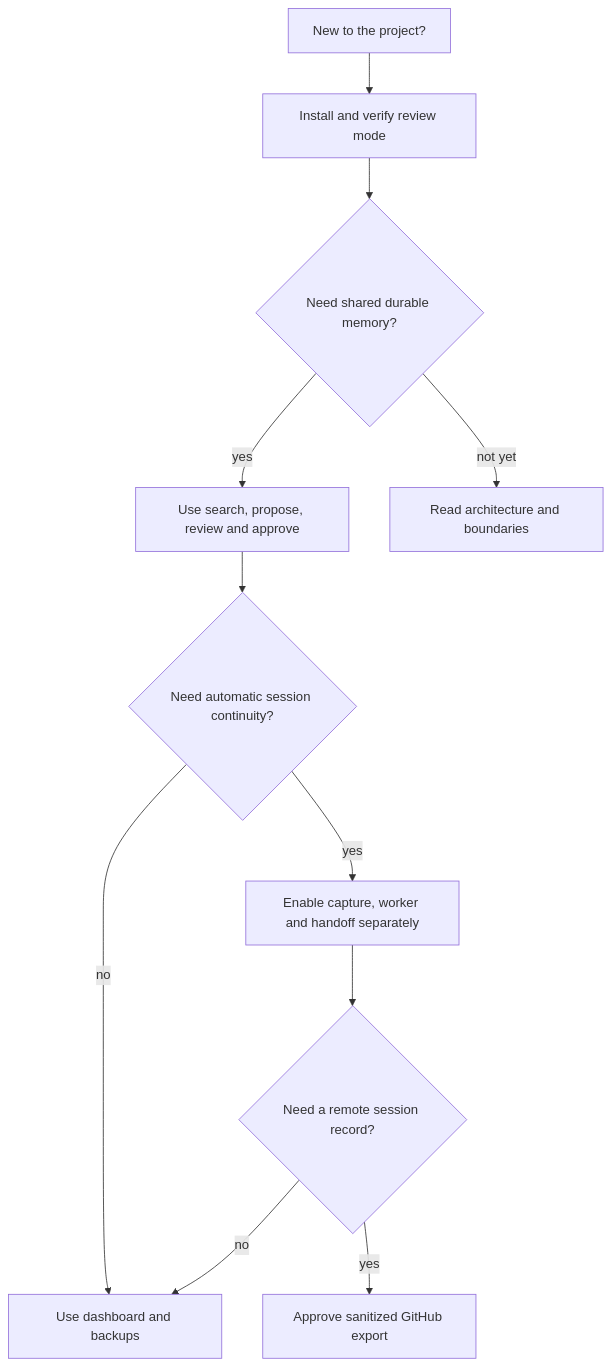
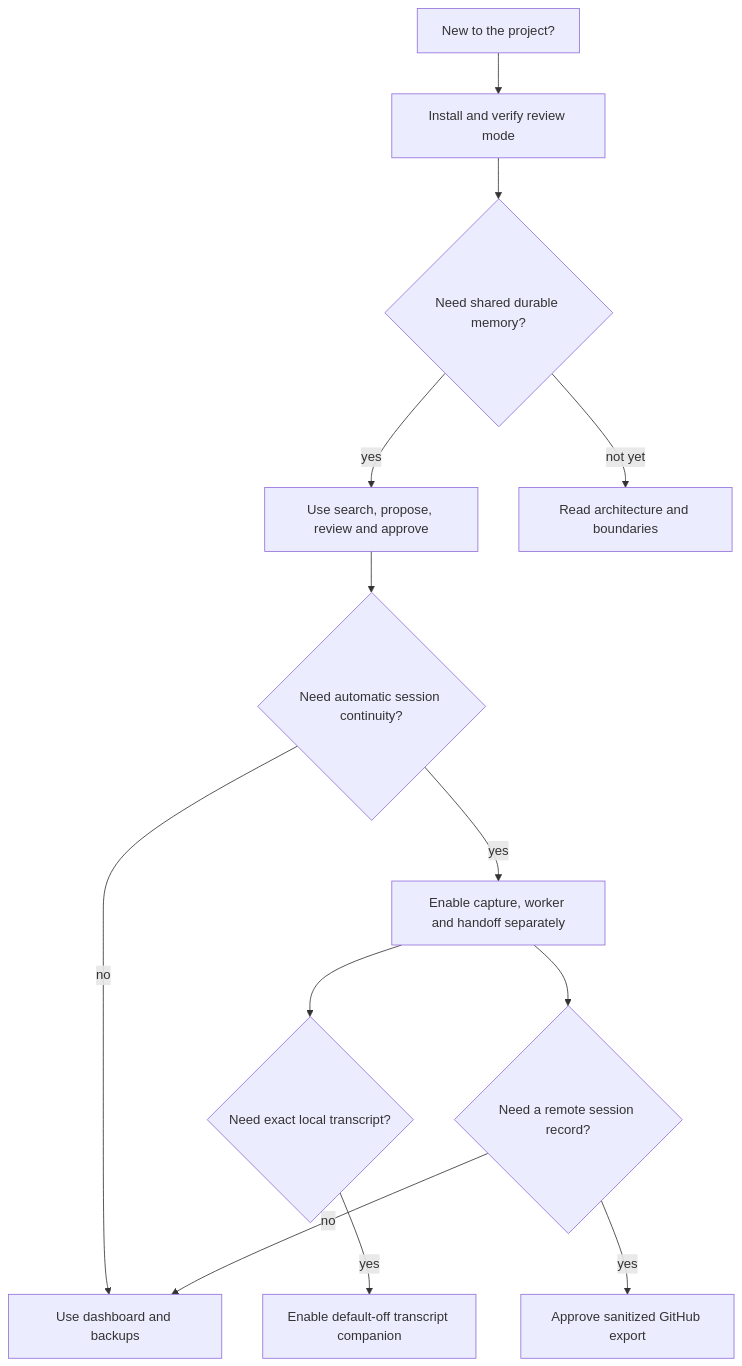
One commit to vib28/ai-memory-hub changed the first of 2 diagrams in docs/README.md. Above: the diagram before and after it, drawn with Mermaid. The commit also changed other lines of this file and 19 other files, not shown here.

````diff
--- a/docs/README.md
+++ b/docs/README.md
@@ -10,13 +10,15 @@
 ```mermaid
 flowchart TD
     Start[New to the project?] --> Install[Install and verify review mode]
     Install --> Memory{Need shared durable memory?}
     Memory -->|yes| Operate[Use search, propose, review and approve]
     Memory -->|not yet| Read[Read architecture and boundaries]
     Operate --> Continuity{Need automatic session continuity?}
     Continuity -->|no| Dashboard[Use dashboard and backups]
-    Continuity -->|yes| Capture[Enable capture, worker and handoff separately]
+Continuity -->|yes| Capture[Enable capture, worker and handoff separately]
+    Capture --> Transcript{Need exact local transcript?}
+    Transcript -->|yes| Raw[Enable default-off transcript companion]
     Capture --> Publish{Need a remote session record?}
     Publish -->|no| Dashboard
     Publish -->|yes| Export[Approve sanitized GitHub export]
 ```
````
